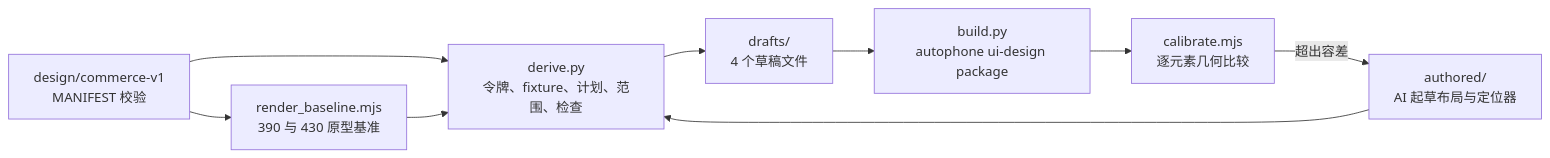
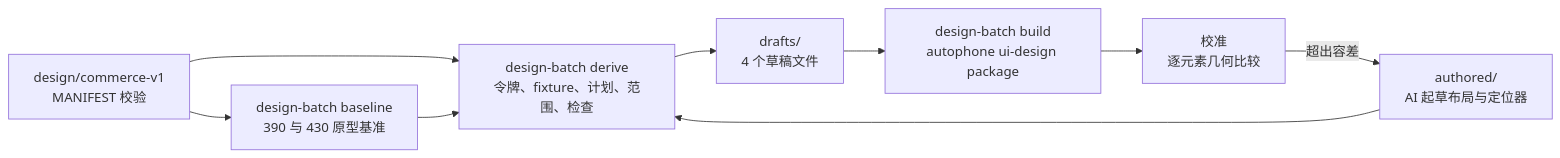
One commit to zhaoawd/food_ordering changed the diagram in .autophone/feature-designs/commerce-v1-a01/README.md. Above: the diagram before and after it, drawn with Mermaid. The commit also changed other lines of this file and 114 other files, not shown here.

First line of the commit message:
design(commerce-v1): run the A01 batch on autophone's design-batch engine

````diff
--- a/.autophone/feature-designs/commerce-v1-a01/README.md
+++ b/.autophone/feature-designs/commerce-v1-a01/README.md
@@ -9,11 +11,11 @@
 ```mermaid
 flowchart LR
-  P["design/commerce-v1<br/>MANIFEST 校验"] --> R["render_baseline.mjs<br/>390 与 430 原型基准"]
-  P --> D["derive.py<br/>令牌、fixture、计划、范围、检查"]
+  P["design/commerce-v1<br/>MANIFEST 校验"] --> R["design-batch baseline<br/>390 与 430 原型基准"]
+  P --> D["design-batch derive<br/>令牌、fixture、计划、范围、检查"]
   R --> D
   A["authored/<br/>AI 起草布局与定位器"] --> D
   D --> F["drafts/<br/>4 个草稿文件"]
-  F --> K["build.py<br/>autophone ui-design package"]
-  K --> C["calibrate.mjs<br/>逐元素几何比较"]
+  F --> K["design-batch build<br/>autophone ui-design package"]
+  K --> C["校准<br/>逐元素几何比较"]
   C -->|超出容差| A
 ```
````
